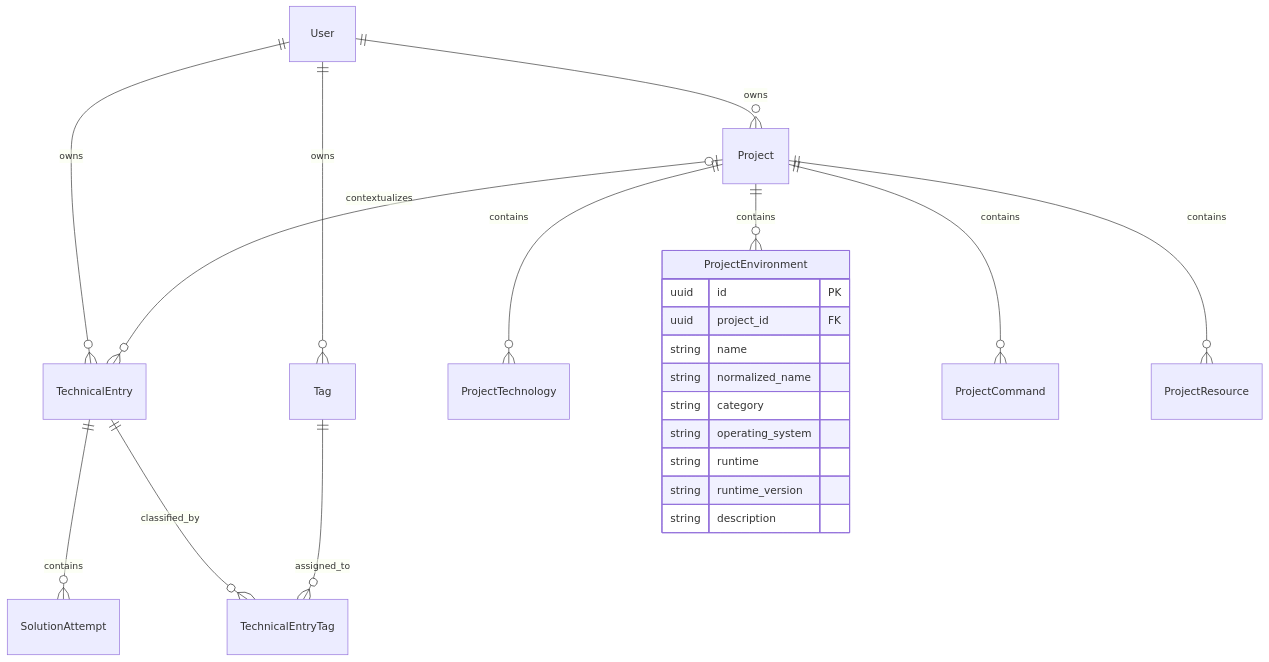
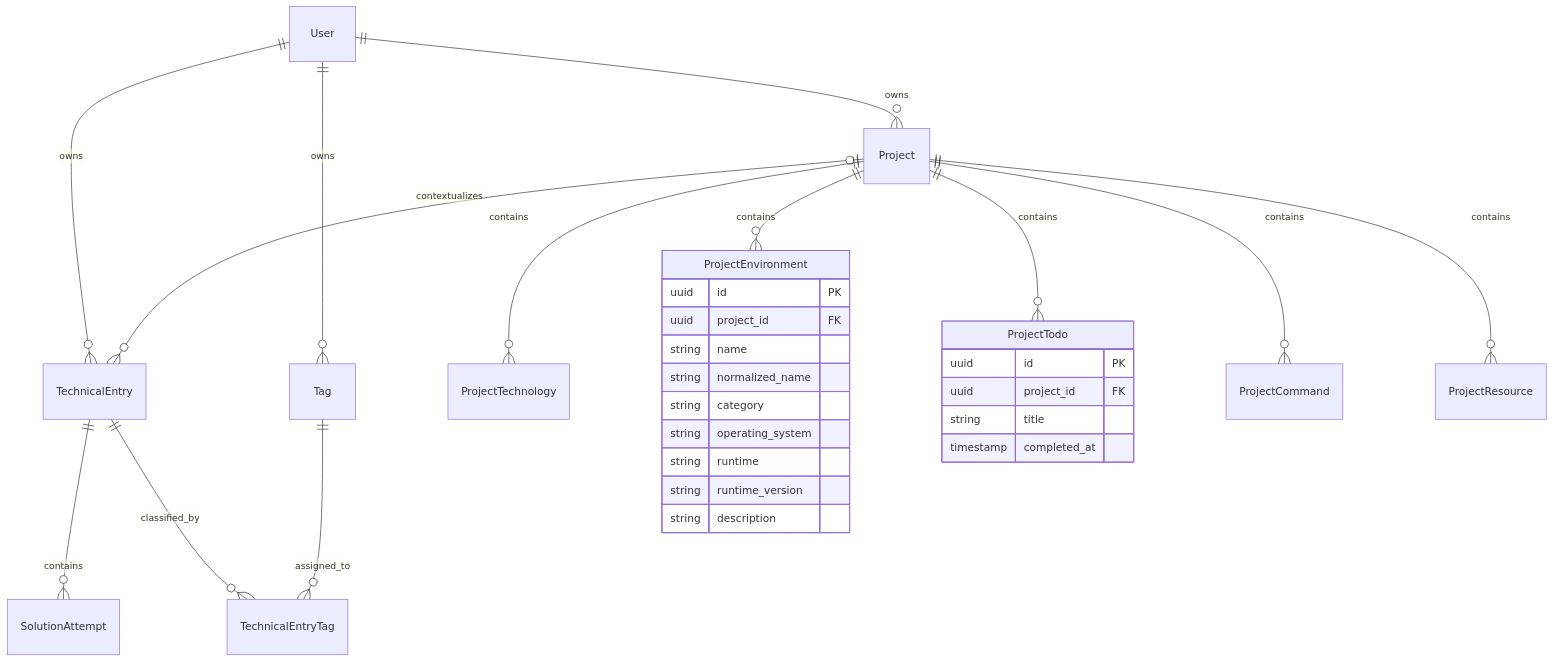
The diagram in docs/decisions/database.md (Lucalopezz/DevLog), drawn with Mermaid before and after one commit. The commit also changed other lines of this file and 47 other files, not shown here.

````diff
--- a/docs/decisions/database.md
+++ b/docs/decisions/database.md
@@ -7,26 +7,33 @@
 ```mermaid
 erDiagram
     User ||--o{ Project : owns
     User ||--o{ TechnicalEntry : owns
     User ||--o{ Tag : owns
     Project |o--o{ TechnicalEntry : contextualizes
     Project ||--o{ ProjectTechnology : contains
     Project ||--o{ ProjectEnvironment : contains
+    Project ||--o{ ProjectTodo : contains
     Project ||--o{ ProjectCommand : contains
     Project ||--o{ ProjectResource : contains
     TechnicalEntry ||--o{ SolutionAttempt : contains
     TechnicalEntry ||--o{ TechnicalEntryTag : classified_by
     Tag ||--o{ TechnicalEntryTag : assigned_to
 
     ProjectEnvironment {
         uuid id PK
         uuid project_id FK
         string name
         string normalized_name
         string category
         string operating_system
         string runtime
         string runtime_version
         string description
     }
+    ProjectTodo {
+        uuid id PK
+        uuid project_id FK
+        string title
+        timestamp completed_at
+    }
 ```
````
